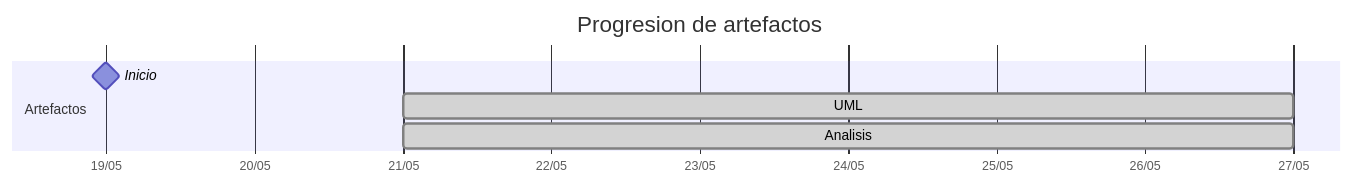
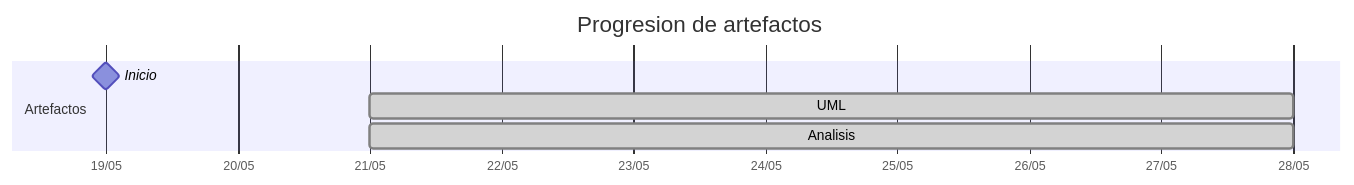
One commit to carlos-alvarado-25/25-26-idsw2-sdVC changed the diagram in TIMELINES/liamanderson873.md. Above: the diagram before and after it, drawn with Mermaid. The commit also changed 12 other files, not shown here.

````diff
--- a/TIMELINES/liamanderson873.md
+++ b/TIMELINES/liamanderson873.md
@@ -15,10 +15,10 @@
 ```mermaid
 gantt
     title Progresion de artefactos
     dateFormat YYYY-MM-DD
     axisFormat %d/%m
     section Artefactos
         Inicio       :milestone, 2026-05-19, 0d
-        UML          :done, 2026-05-21, 2026-05-27
-        Analisis     :done, 2026-05-21, 2026-05-27
+        UML          :done, 2026-05-21, 2026-05-28
+        Analisis     :done, 2026-05-21, 2026-05-28
 ```
````
